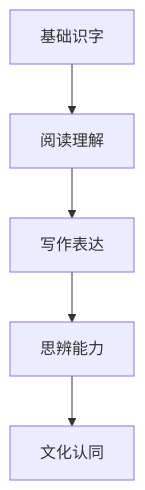
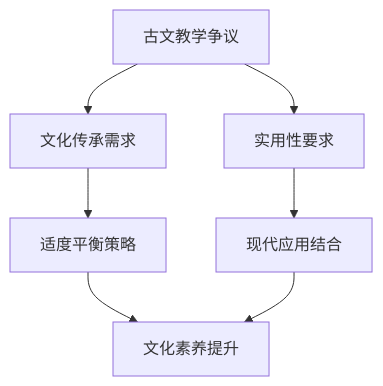
Before and after one commit to AdaMartin18010/SeniorEnducation: the ninth of 14 diagrams in 02-核心学科理论/08-语文教育理论与实践/01-语文教育理论与实践.md, drawn with Mermaid. The commit also changed other lines of this file and 10 other files, not shown here.

````diff
--- a/02-核心学科理论/08-语文教育理论与实践/01-语文教育理论与实践.md
+++ b/02-核心学科理论/08-语文教育理论与实践/01-语文教育理论与实践.md
@@ -230,7 +371,9 @@
 ```mermaid
 graph TD
-    A[基础识字] --> B[阅读理解]
-    B --> C[写作表达]
-    C --> D[思辨能力]
-    D --> E[文化认同]
+    A[古文教学争议] --> B[文化传承需求]
+    A --> C[实用性要求]
+    B --> D[适度平衡策略]
+    C --> E[现代应用结合]
+    D --> F[文化素养提升]
+    E --> F
 ```
````
